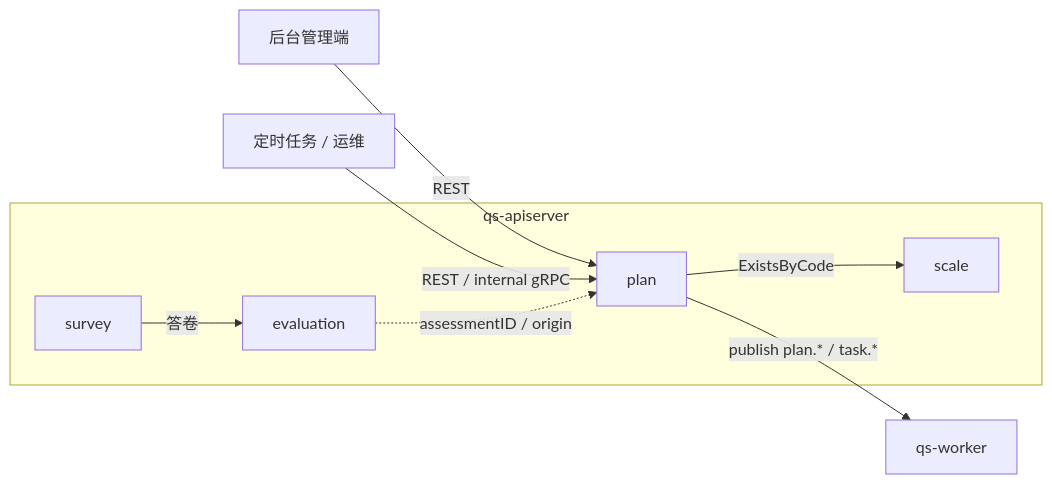
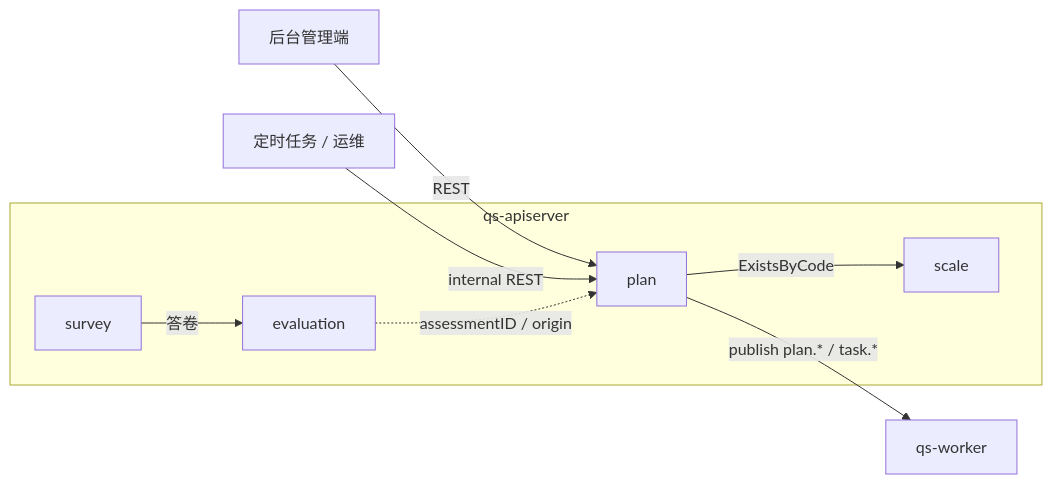
One commit to FangcunMount/qs-server changed the first of 4 diagrams in docs/02-业务模块/04-plan.md. Above: the diagram before and after it, drawn with Mermaid. The commit also changed other lines of this file and 123 other files, not shown here.

````diff
--- a/docs/02-业务模块/04-plan.md
+++ b/docs/02-业务模块/04-plan.md
@@ -62,20 +61,20 @@
 ```mermaid
 flowchart LR
     admin[后台管理端]
     cron[定时任务 / 运维]
     worker[qs-worker]
 
     subgraph apiserver[qs-apiserver]
         plan[plan]
         scale[scale]
         survey[survey]
         evaluation[evaluation]
     end
 
     admin -->|REST| plan
-    cron -->|REST / internal gRPC| plan
+    cron -->|internal REST| plan
     plan -->|ExistsByCode| scale
     plan -->|publish plan.* / task.*| worker
     survey -->|答卷| evaluation
     evaluation -.->|assessmentID / origin| plan
 ```
````
